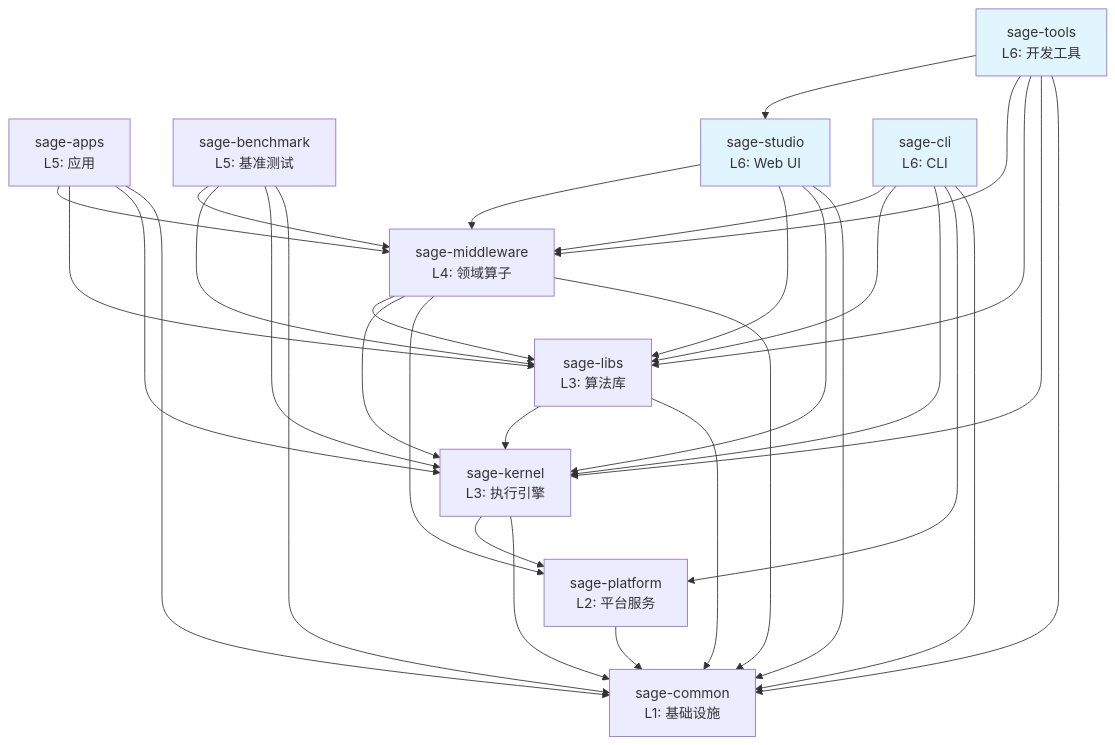
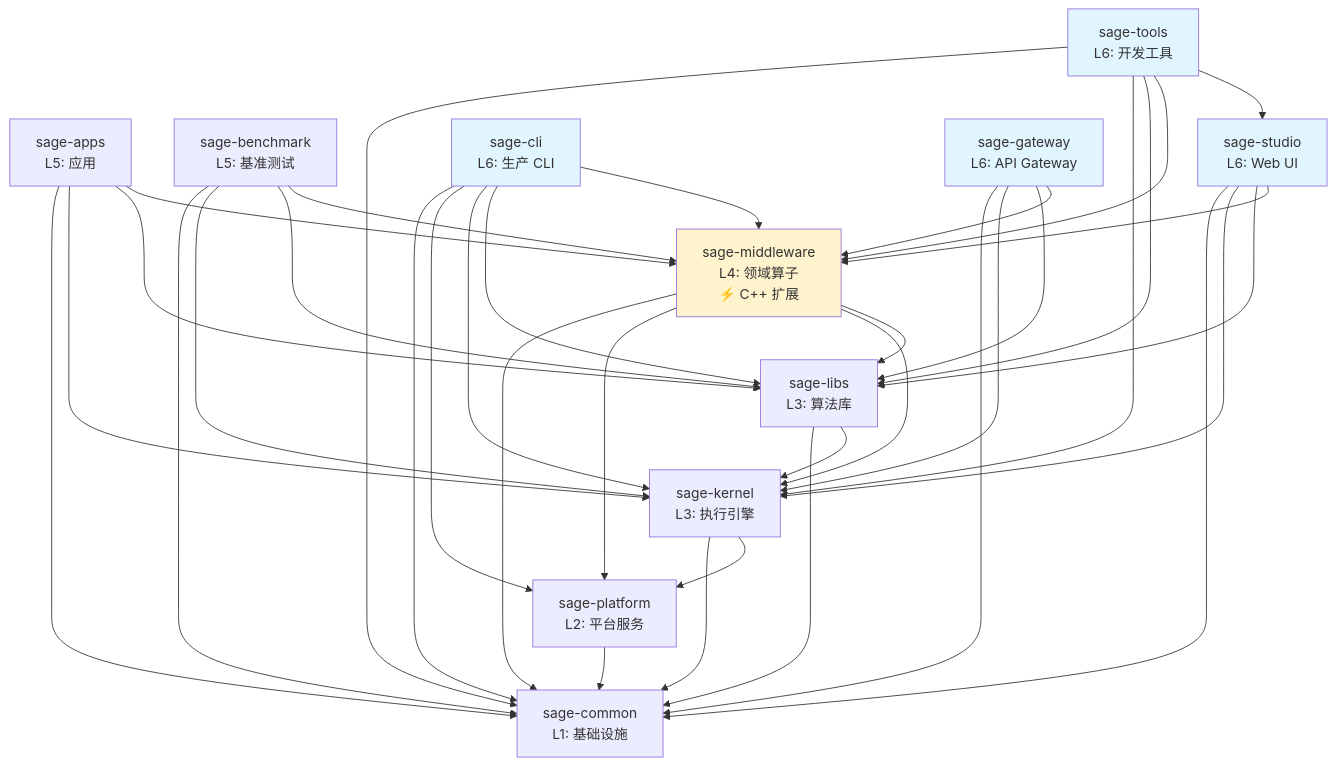
One commit to intellistream/SAGE-Pub changed the diagram in docs_src/dev-notes/package-architecture.md. Above: the diagram before and after it, drawn with Mermaid. The commit also changed other lines of this file and 19 other files, not shown here.

Commit message:
docs: refresh docs-src to match latest architecture

````diff
--- a/docs_src/dev-notes/package-architecture.md
+++ b/docs_src/dev-notes/package-architecture.md
@@ -464,61 +590,69 @@
 ```mermaid
 graph TD
     common[sage-common<br/>L1: 基础设施]
 
     platform[sage-platform<br/>L2: 平台服务]
 
     kernel[sage-kernel<br/>L3: 执行引擎]
     libs[sage-libs<br/>L3: 算法库]
 
-    middleware[sage-middleware<br/>L4: 领域算子]
+    middleware[sage-middleware<br/>L4: 领域算子<br/>⚡ C++ 扩展]
 
     apps[sage-apps<br/>L5: 应用]
     benchmark[sage-benchmark<br/>L5: 基准测试]
 
     studio[sage-studio<br/>L6: Web UI]
-    cli[sage-cli<br/>L6: CLI]
+    cli[sage-cli<br/>L6: 生产 CLI]
     tools[sage-tools<br/>L6: 开发工具]
+    gateway[sage-gateway<br/>L6: API Gateway]
 
     platform --> common
 
     kernel --> common
     kernel --> platform
     libs --> common
     libs --> kernel
 
     middleware --> common
     middleware --> platform
     middleware --> kernel
     middleware --> libs
 
     apps --> common
     apps --> kernel
     apps --> libs
     apps --> middleware
 
     benchmark --> common
     benchmark --> kernel
     benchmark --> libs
     benchmark --> middleware
 
     studio --> common
     studio --> kernel
     studio --> libs
     studio --> middleware
 
     cli --> common
     cli --> platform
     cli --> kernel
     cli --> libs
     cli --> middleware
 
     tools --> common
     tools --> kernel
     tools --> libs
     tools --> middleware
     tools --> studio
 
+    gateway --> common
+    gateway --> kernel
+    gateway --> libs
+    gateway --> middleware
+
     style studio fill:#e1f5ff
     style cli fill:#e1f5ff
     style tools fill:#e1f5ff
+    style gateway fill:#e1f5ff
+    style middleware fill:#fff3cd
 ```
````
